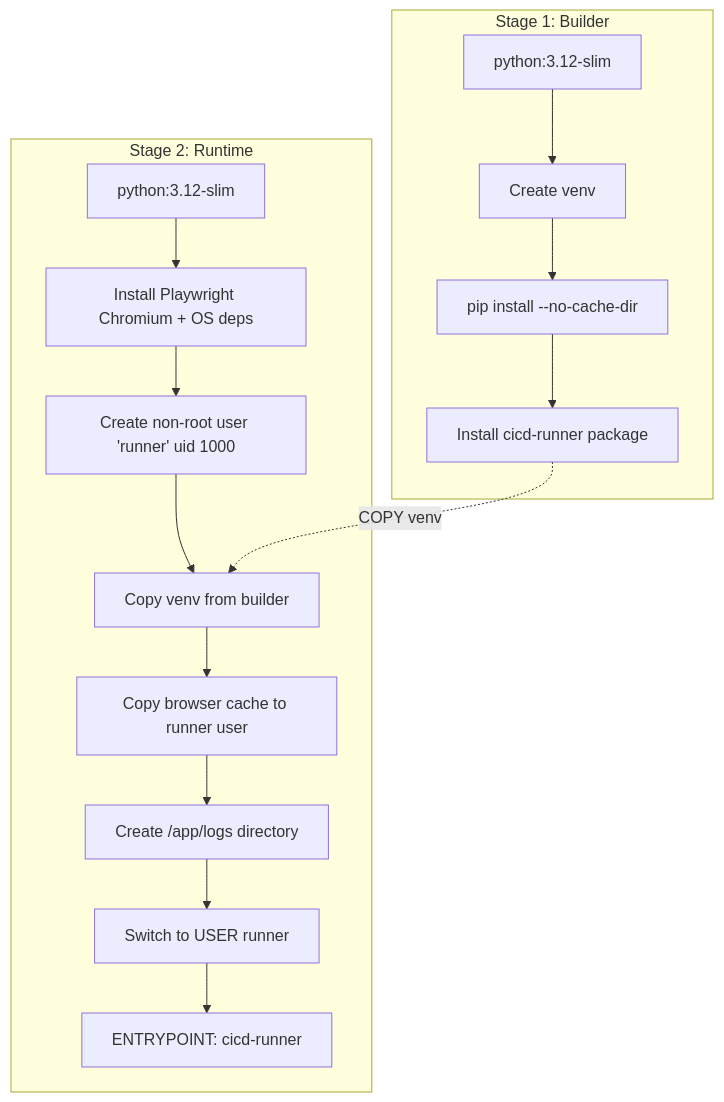
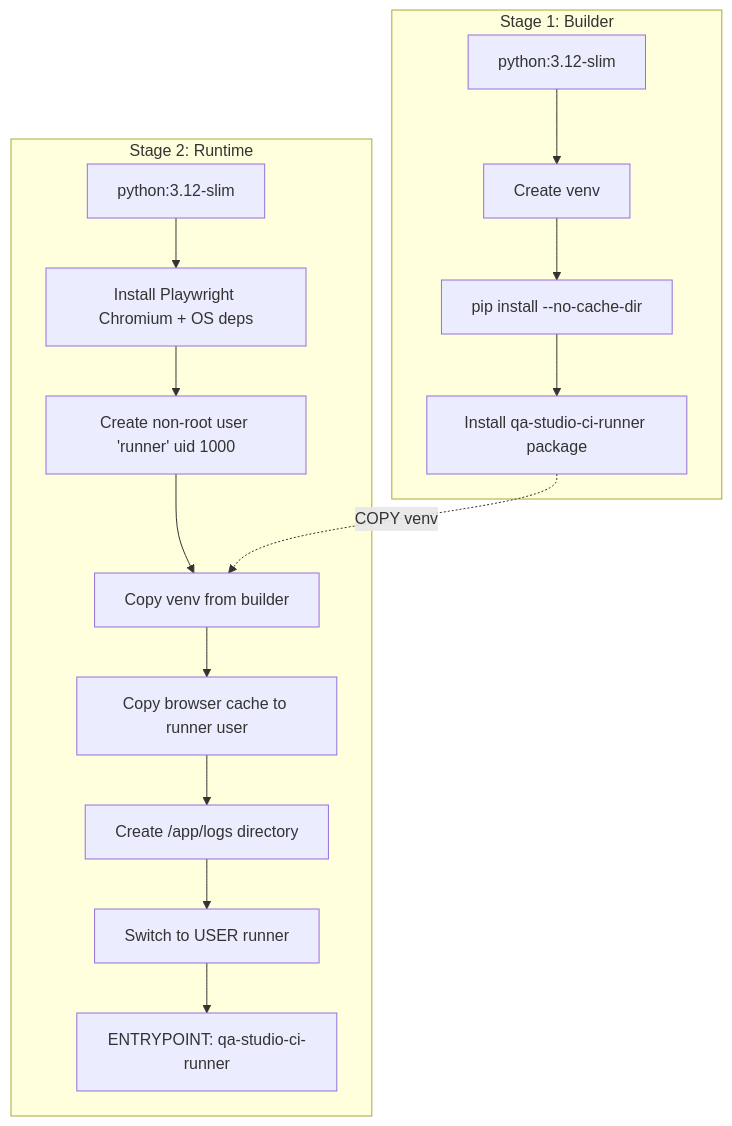
One commit to aws-samples/sample-qa-studio changed the first of 2 diagrams in .kiro/specs/wp5-docker-container/design.md. Above: the diagram before and after it, drawn with Mermaid. The commit also changed other lines of this file and 96 other files, not shown here.

Commit message:
rename cicd-runner into qa-studio-ci-runner

````diff
--- a/.kiro/specs/wp5-docker-container/design.md
+++ b/.kiro/specs/wp5-docker-container/design.md
@@ -21,20 +21,20 @@
 ```mermaid
 graph TD
     subgraph "Stage 1: Builder"
         A[python:3.12-slim] --> B[Create venv]
         B --> C[pip install --no-cache-dir]
-        C --> D[Install cicd-runner package]
+        C --> D[Install qa-studio-ci-runner package]
     end
 
     subgraph "Stage 2: Runtime"
         E[python:3.12-slim] --> F[Install Playwright Chromium + OS deps]
         F --> G[Create non-root user 'runner' uid 1000]
         G --> H[Copy venv from builder]
         H --> I[Copy browser cache to runner user]
         I --> J[Create /app/logs directory]
         J --> K[Switch to USER runner]
-        K --> L["ENTRYPOINT: cicd-runner"]
+        K --> L["ENTRYPOINT: qa-studio-ci-runner"]
     end
 
     D -.->|COPY venv| H
 ```
````
